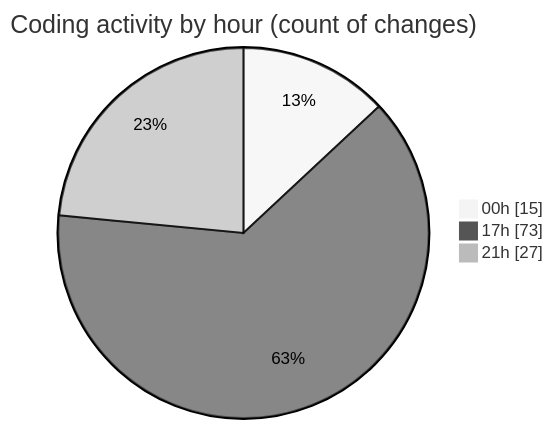
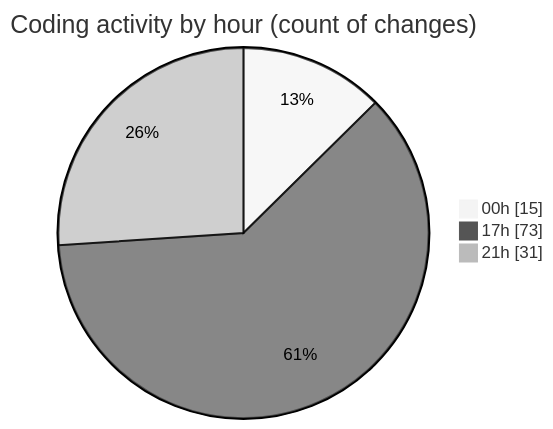
Before and after one commit to Netris89/code-tracking: the second of 2 diagrams in 2025-04-06/echo/README.md, drawn with Mermaid (neutral theme). The commit also changed other lines of this file and 1 other file, not shown here.

````diff
--- a/2025-04-06/echo/README.md
+++ b/2025-04-06/echo/README.md
@@ -39,7 +39,7 @@
 ```mermaid
 pie showData
 title Coding activity by hour (count of changes)
 "00h" : 15
 "17h" : 73
-"21h" : 27
+"21h" : 31
 ```
````
